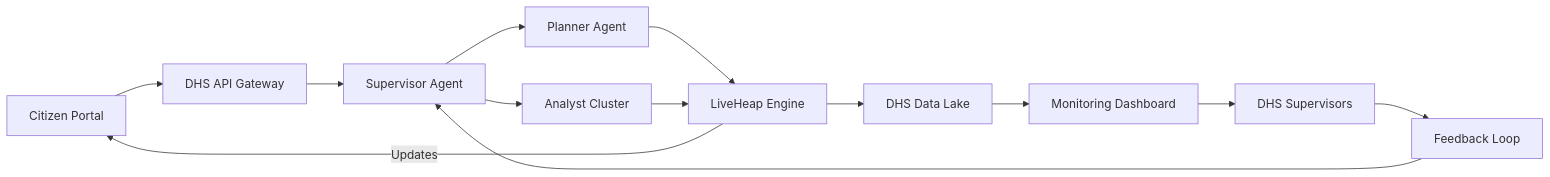
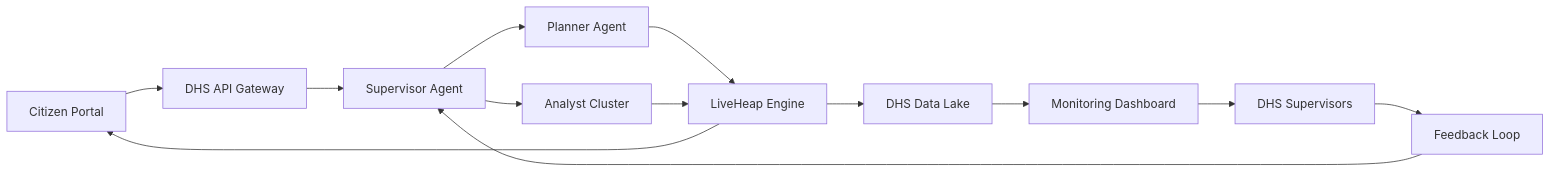
Before and after one commit to jfbinTECHA/brain-swarm: the third of 3 diagrams in README.md, drawn with Mermaid.

Commit message:
Remove edge label from Full-Stack System Flow diagram to fix parsing

````diff
--- a/README.md
+++ b/README.md
@@ -109,15 +109,15 @@
 ```mermaid
 graph LR
     A[Citizen Portal] --> B[DHS API Gateway]
     B --> C[Supervisor Agent]
     C --> D1[Planner Agent]
     C --> D2[Analyst Cluster]
     D1 --> E1[LiveHeap Engine]
     D2 --> E1
     E1 --> F[DHS Data Lake]
     F --> G[Monitoring Dashboard]
     G --> H[DHS Supervisors]
     H --> I[Feedback Loop]
     I --> C
-    E1 -->|Updates| A
+    E1 --> A
 ```
````
